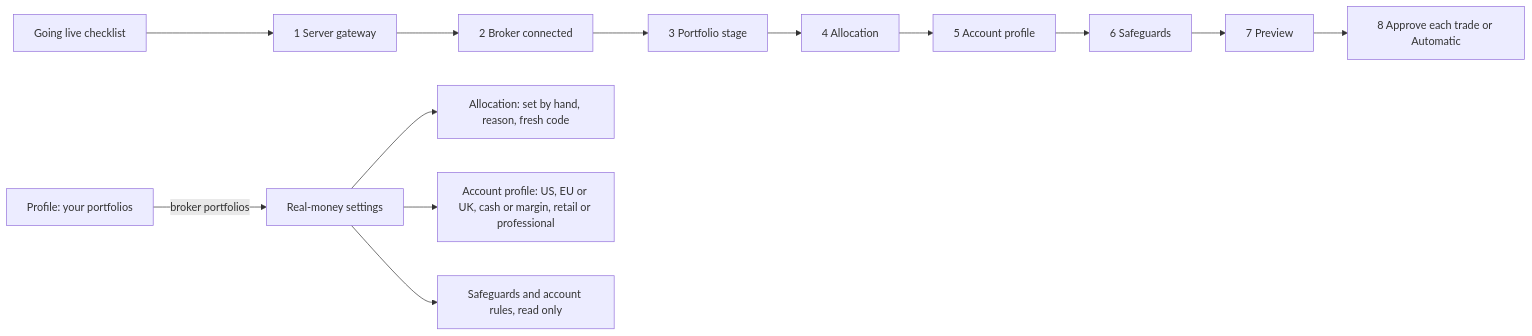
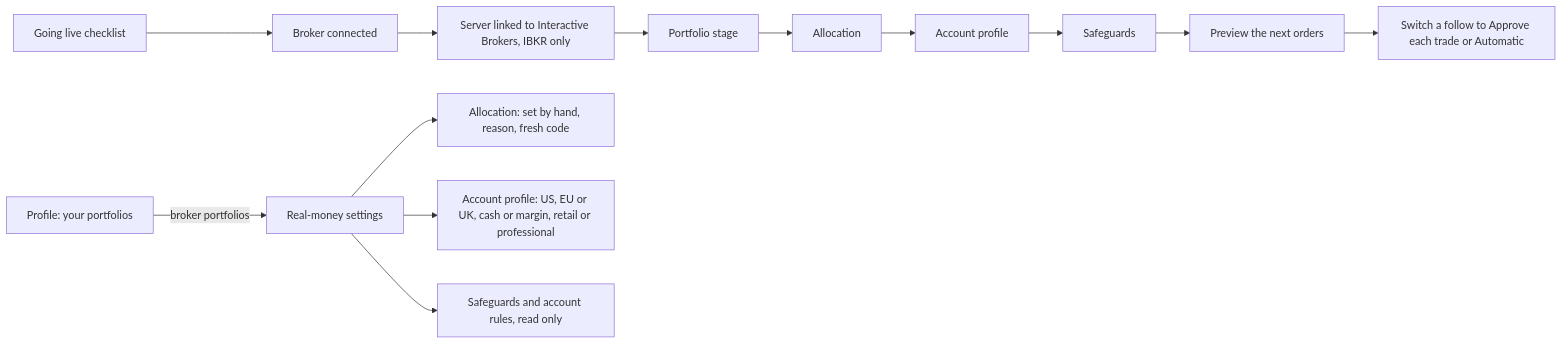
The fifth of 13 diagrams in docs/ui.md (sleousis/Stonks), drawn with Mermaid before and after one commit. The commit also changed other lines of this file and 59 other files, not shown here.

First line of the commit message:
Finish the polish leftovers: error details, flows, docs, hygiene (#50)

````diff
--- a/docs/ui.md
+++ b/docs/ui.md
@@ -922,15 +980,15 @@
 ```mermaid
 flowchart LR
-  G[Going live checklist] --> S1[1 Server gateway]
-  S1 --> S2[2 Broker connected]
-  S2 --> S3[3 Portfolio stage]
-  S3 --> S4[4 Allocation]
-  S4 --> S5[5 Account profile]
-  S5 --> S6[6 Safeguards]
-  S6 --> S7[7 Preview]
-  S7 --> S8[8 Approve each trade or Automatic]
+  G[Going live checklist] --> S1[Broker connected]
+  S1 --> S2[Server linked to Interactive Brokers, IBKR only]
+  S2 --> S3[Portfolio stage]
+  S3 --> S4[Allocation]
+  S4 --> S5[Account profile]
+  S5 --> S6[Safeguards]
+  S6 --> S7[Preview the next orders]
+  S7 --> S8[Switch a follow to Approve each trade or Automatic]
   P[Profile: your portfolios] -->|broker portfolios| L[Real-money settings]
   L --> A[Allocation: set by hand, reason, fresh code]
   L --> C[Account profile: US, EU or UK, cash or margin, retail or professional]
   L --> R[Safeguards and account rules, read only]
 ```
````
